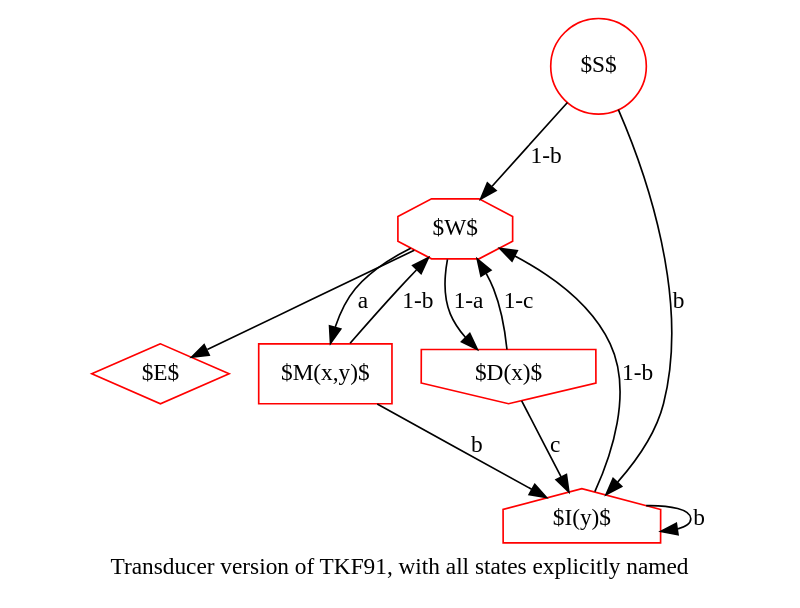
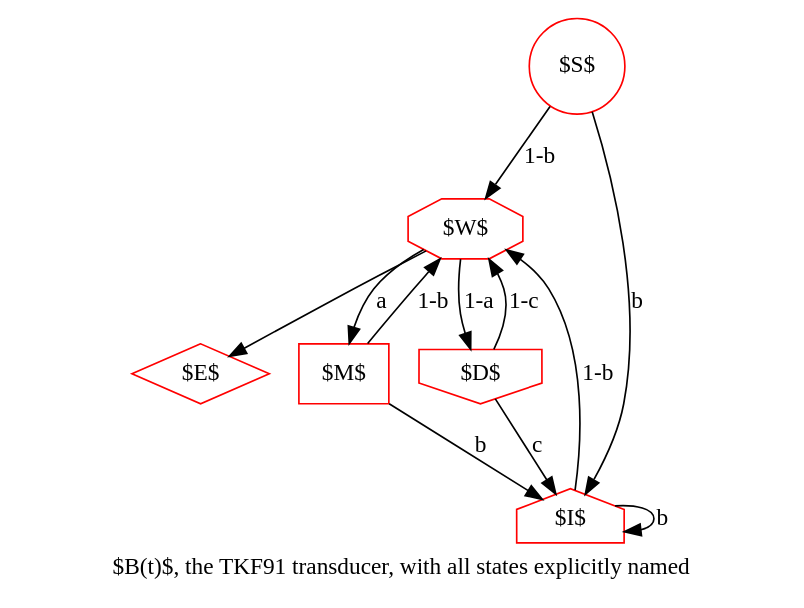
The diagram in tkf91-labeled.dot (ihh/transducer-tutorial), drawn with Graphviz before and after one commit. The commit also changed 8 other files, not shown here.

Commit message:
Added emacs mode, identity transducer, and TKF91 composed with LIV- and MF-matchers

```diff
--- a/tkf91-labeled.dot
+++ b/tkf91-labeled.dot
@@ -1,29 +1,29 @@
 digraph G {
 
     S [label="$S$", shape=circle, color=red];
     E [label="$E$", shape=diamond, color=red];
 
     W [label="$W$", shape=octagon, color=red];
 
-    I [label="$I(y)$", shape=house, color=red];
-    M [label="$M(x,y)$", shape=rect, color=red];
-    D [label="$D(x)$", shape=invhouse, color=red];
+    I [label="$I$", shape=house, color=red];
+    M [label="$M$", shape=rect, color=red];
+    D [label="$D$", shape=invhouse, color=red];
 
 S->I [label=b];
 S->W [label="1-b"];
 
 M->I [label=b];
 M->W [label="1-b"];
 
 D->I [label=c];
 D->W [label="1-c"];
 
 I->I [label=b];
 I->W [label="1-b"];
 
 W->E;
 W->M [label=a];
 W->D [label="1-a"];
 
-    label="Transducer version of TKF91, with all states explicitly named";
+    label="$B(t)$, the TKF91 transducer, with all states explicitly named";
 }
```
